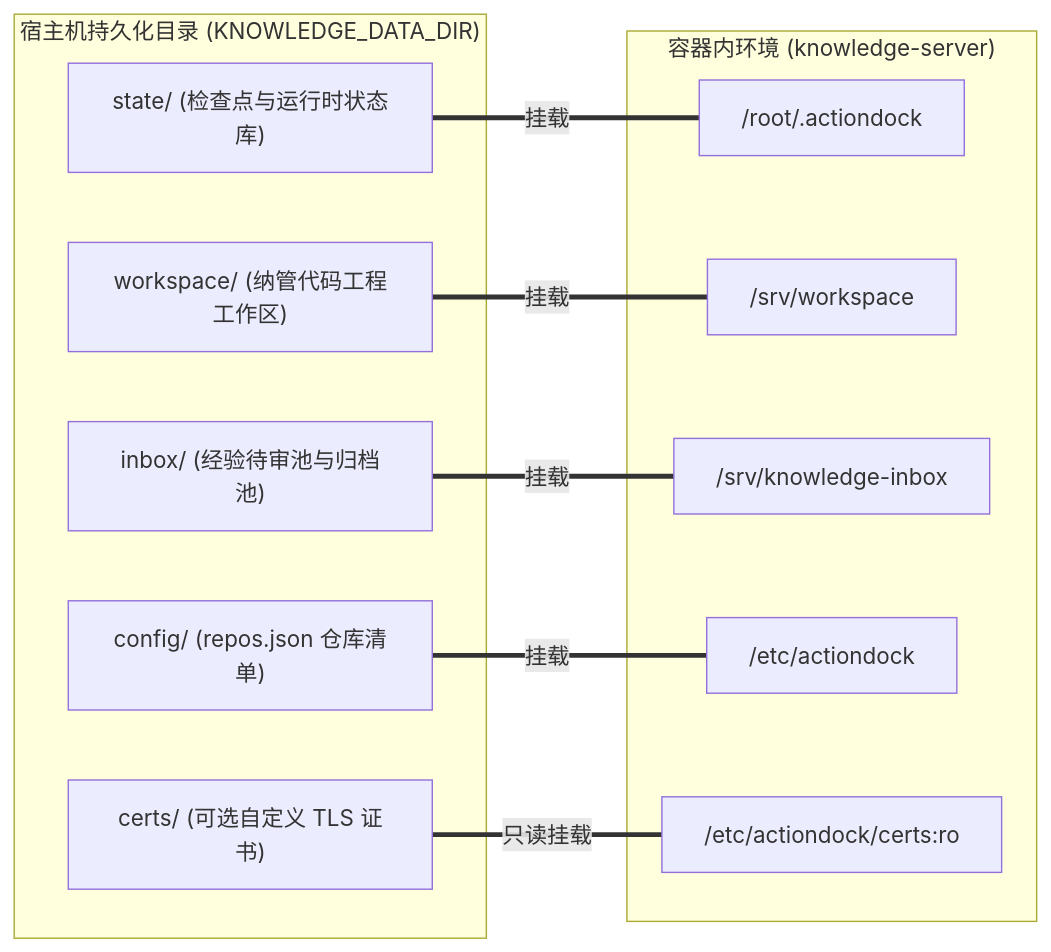
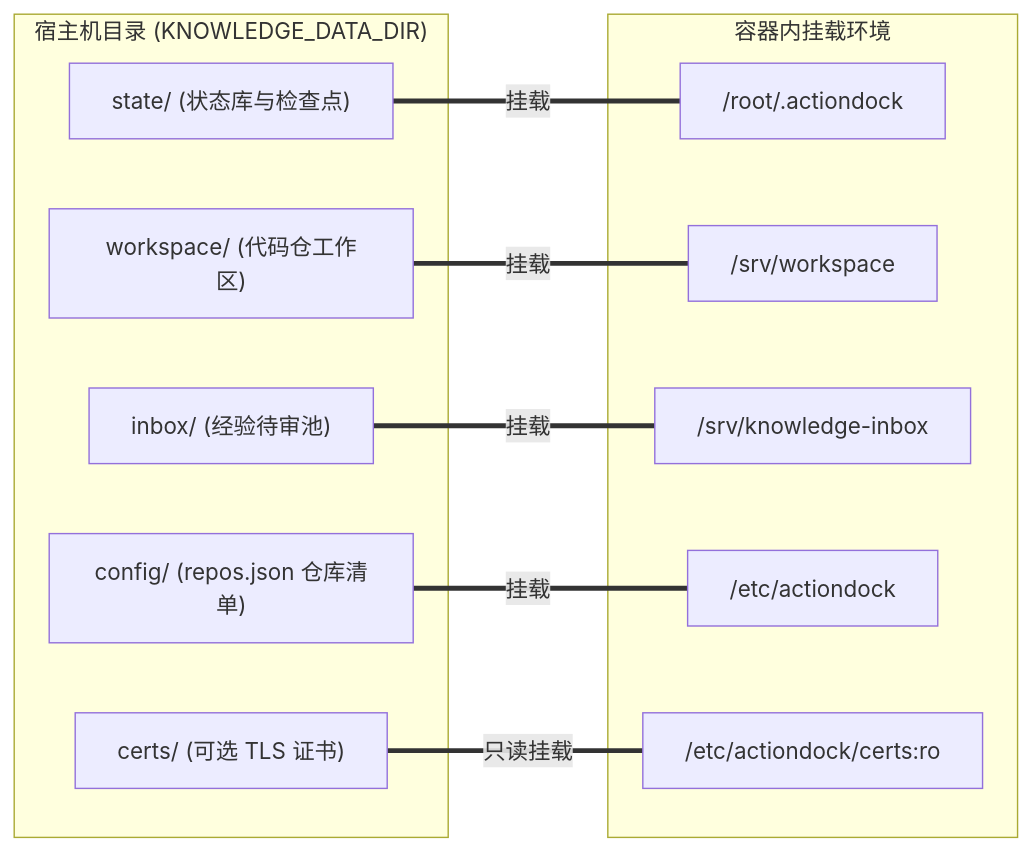
Before and after one commit to fjay/actiondock-workspace: the diagram in docs/deployment.md, drawn with Mermaid. The commit also changed other lines of this file and 4 other files, not shown here.

````diff
--- a/docs/deployment.md
+++ b/docs/deployment.md
@@ -67,24 +28,24 @@
 ```mermaid
 flowchart LR
-    subgraph Host["宿主机持久化目录 (KNOWLEDGE_DATA_DIR)"]
-        H_State["state/ (检查点与运行时状态库)"]
-        H_Ws["workspace/ (纳管代码工程工作区)"]
-        H_Inbox["inbox/ (经验待审池与归档池)"]
+    subgraph Host["宿主机目录 (KNOWLEDGE_DATA_DIR)"]
+        H_State["state/ (状态库与检查点)"]
+        H_Ws["workspace/ (代码仓工作区)"]
+        H_Inbox["inbox/ (经验待审池)"]
         H_Conf["config/ (repos.json 仓库清单)"]
-        H_Certs["certs/ (可选自定义 TLS 证书)"]
+        H_Certs["certs/ (可选 TLS 证书)"]
     end
 
-    subgraph Container["容器内环境 (knowledge-server)"]
+    subgraph Container["容器内挂载环境"]
         C_State["/root/.actiondock"]
         C_Ws["/srv/workspace"]
         C_Inbox["/srv/knowledge-inbox"]
         C_Conf["/etc/actiondock"]
         C_Certs["/etc/actiondock/certs:ro"]
     end
 
     H_State ===|挂载| C_State
     H_Ws ===|挂载| C_Ws
     H_Inbox ===|挂载| C_Inbox
     H_Conf ===|挂载| C_Conf
     H_Certs ===|只读挂载| C_Certs
 ```
````
